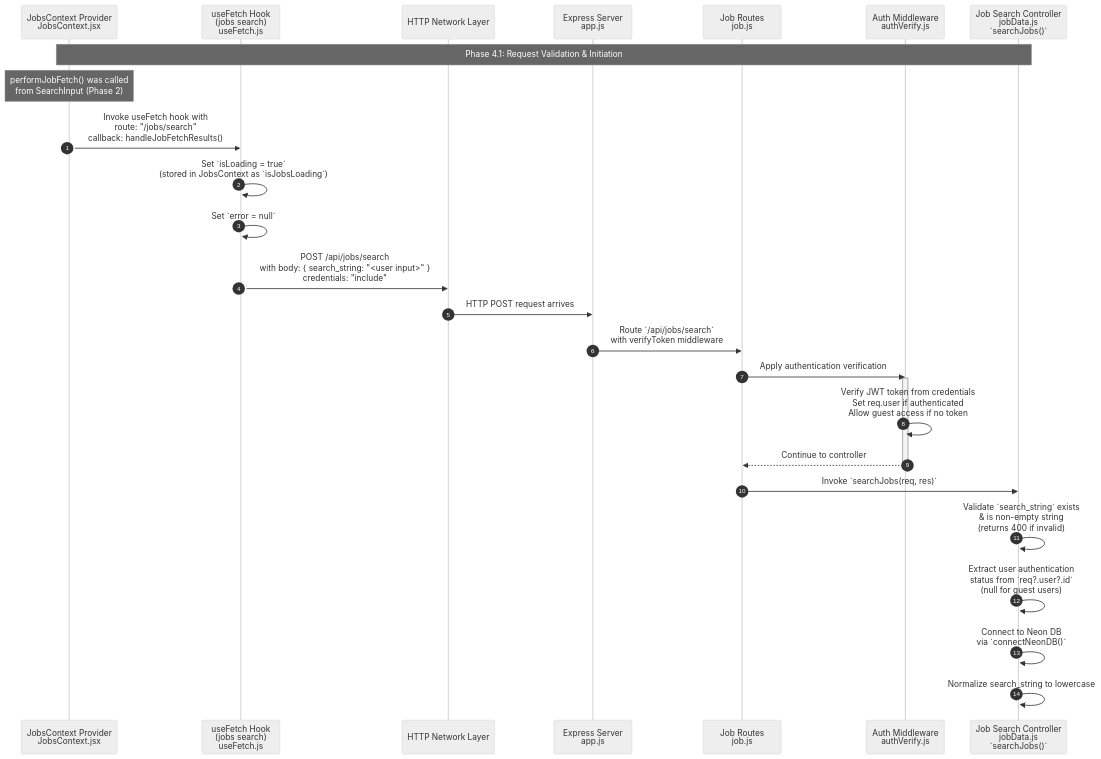
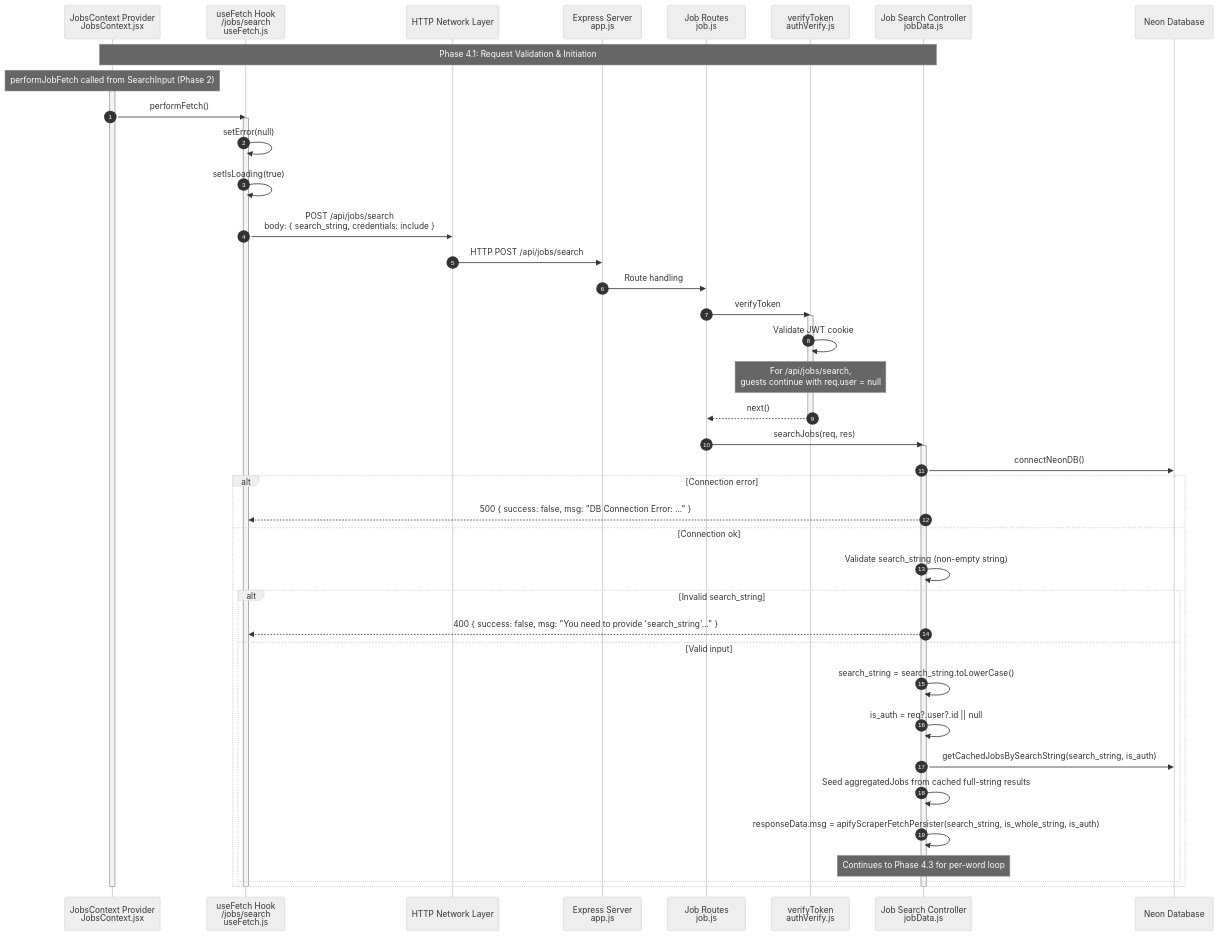
Before and after one commit to YahyaAl-Ademi/2025.10.23-JobCompass: the diagram in documentation/jobFetch/4.1.Request Validation & Initiation.md, drawn with Mermaid (neutral theme). The commit also changed 14 other files, not shown here.

Commit message:
Refactor job fetch documentation: Update background scraper fetch, database caching, travel details, and response delivery processes; enhance flowchart for clarity and accuracy.

````diff
--- a/documentation/jobFetch/4.1.Request Validation & Initiation.md
+++ b/documentation/jobFetch/4.1.Request Validation & Initiation.md
@@ -8,43 +8,60 @@
 ```mermaid
 sequenceDiagram
     autonumber
     %% File paths:
     %% JobsContext: client/src/context/JobsContext.jsx
     %% useFetch: client/src/hooks/useFetch.js
     %% ExpressApp: server/src/app.js
     %% JobRouter: server/src/routes/job.js
     %% JobController: server/src/controllers/jobData.js
+    %% getCachedJobsBySearchString: server/src/services/getCachedJobsBySearchString.js
+    %% apifyScraperFetchPersister: server/src/services/apifyScraperFetchPersister.js
     participant JobsContext as JobsContext Provider<br/>JobsContext.jsx
-    participant useFetch_1 as useFetch Hook<br/>(jobs search)<br/>useFetch.js
+    participant useFetch_1 as useFetch Hook<br/>/jobs/search<br/>useFetch.js
     participant FrontendNetwork as HTTP Network Layer
     participant ExpressApp as Express Server<br/>app.js
     participant JobRouter as Job Routes<br/>job.js
-    participant AuthMiddleware as Auth Middleware<br/>authVerify.js
-    participant JobController as Job Search Controller<br/>jobData.js<br/>`searchJobs()`
+    participant AuthMiddleware as verifyToken<br/>authVerify.js
+    participant JobController as Job Search Controller<br/>jobData.js
+    participant NeonDB as Neon Database
 
     Note over JobsContext,JobController: Phase 4.1: Request Validation & Initiation
-    Note over JobsContext: performJobFetch() was called<br/>from SearchInput (Phase 2)
+    Note over JobsContext: performJobFetch called from SearchInput (Phase 2)
     activate JobsContext
-    JobsContext->>useFetch_1: Invoke useFetch hook with<br/>route: "/jobs/search"<br/>callback: handleJobFetchResults()
+    JobsContext->>useFetch_1: performFetch()
+    activate useFetch_1
+    useFetch_1->>useFetch_1: setError(null)
+    useFetch_1->>useFetch_1: setIsLoading(true)
+    useFetch_1->>FrontendNetwork: POST /api/jobs/search<br/>body: { search_string, credentials: include }
 
-    activate useFetch_1
-    useFetch_1->>useFetch_1: Set `isLoading = true`<br/>(stored in JobsContext as `isJobsLoading`)
-    useFetch_1->>useFetch_1: Set `error = null`
-    useFetch_1->>FrontendNetwork: POST /api/jobs/search<br/>with body: { search_string: "<user input>" }<br/>credentials: "include"
-
-    FrontendNetwork->>ExpressApp: HTTP POST request arrives
-    ExpressApp->>JobRouter: Route `/api/jobs/search`<br/>with verifyToken middleware
-    JobRouter->>AuthMiddleware: Apply authentication verification
+    FrontendNetwork->>ExpressApp: HTTP POST /api/jobs/search
+    ExpressApp->>JobRouter: Route handling
+    JobRouter->>AuthMiddleware: verifyToken
     activate AuthMiddleware
-    AuthMiddleware->>AuthMiddleware: Verify JWT token from credentials<br/>Set req.user if authenticated<br/>Allow guest access if no token
-    AuthMiddleware-->>JobRouter: Continue to controller
+    AuthMiddleware->>AuthMiddleware: Validate JWT cookie
+    Note over AuthMiddleware: For /api/jobs/search,<br/>guests continue with req.user = null
+    AuthMiddleware-->>JobRouter: next()
     deactivate AuthMiddleware
 
-    JobRouter->>JobController: Invoke `searchJobs(req, res)`
-
+    JobRouter->>JobController: searchJobs(req, res)
     activate JobController
-    JobController->>JobController: Validate `search_string` exists<br/>& is non-empty string<br/>(returns 400 if invalid)
-    JobController->>JobController: Extract user authentication<br/>status from `req?.user?.id`<br/>(null for guest users)
-    JobController->>JobController: Connect to Neon DB<br/>via `connectNeonDB()`
-    JobController->>JobController: Normalize search_string to lowercase
+    JobController->>NeonDB: connectNeonDB()
+    alt Connection error
+        JobController-->>useFetch_1: 500 { success: false, msg: "DB Connection Error: ..." }
+    else Connection ok
+        JobController->>JobController: Validate search_string (non-empty string)
+        alt Invalid search_string
+            JobController-->>useFetch_1: 400 { success: false, msg: "You need to provide 'search_string'..." }
+        else Valid input
+            JobController->>JobController: search_string = search_string.toLowerCase()
+            JobController->>JobController: is_auth = req?.user?.id || null
+            JobController->>NeonDB: getCachedJobsBySearchString(search_string, is_auth)
+            JobController->>JobController: Seed aggregatedJobs from cached full-string results
+            JobController->>JobController: responseData.msg = apifyScraperFetchPersister(search_string, is_whole_string, is_auth)
+            Note over JobController: Continues to Phase 4.3 for per-word loop
+        end
+    end
+    deactivate JobController
+    deactivate useFetch_1
+    deactivate JobsContext
 ```
````
